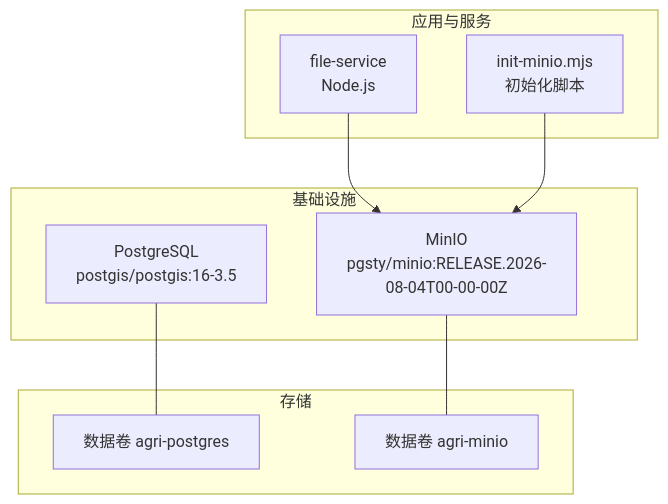
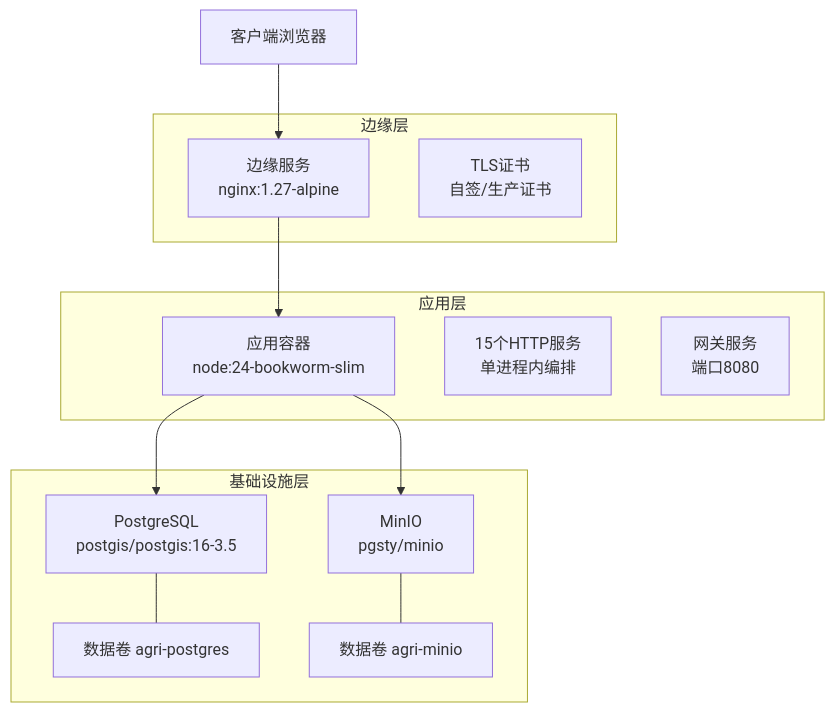
Before and after one commit to q446328246/agri-platform: the first of 3 diagrams in .qoder/repowiki/zh/content/基础设施/Docker编排.md, drawn with Mermaid. The commit also changed other lines of this file and 110 other files, not shown here.

````diff
--- a/.qoder/repowiki/zh/content/基础设施/Docker编排.md
+++ b/.qoder/repowiki/zh/content/基础设施/Docker编排.md
@@ -36,19 +44,24 @@
 ```mermaid
 graph TB
-subgraph "基础设施"
+subgraph "边缘层"
+EDGE["边缘服务<br/>nginx:1.27-alpine"]
+CERTS["TLS证书<br/>自签/生产证书"]
+end
+subgraph "应用层"
+APP["应用容器<br/>node:24-bookworm-slim"]
+SERVICES["15个HTTP服务<br/>单进程内编排"]
+GATEWAY["网关服务<br/>端口8080"]
+end
+subgraph "基础设施层"
 PG["PostgreSQL<br/>postgis/postgis:16-3.5"]
-MC["MinIO<br/>pgsty/minio:RELEASE.2026-08-04T00-00-00Z"]
+MINIO["MinIO<br/>pgsty/minio"]
+VPG["数据卷 agri-postgres"]
+VMINIO["数据卷 agri-minio"]
 end
-subgraph "应用与服务"
-FS["file-service<br/>Node.js"]
-Scripts["init-minio.mjs<br/>初始化脚本"]
-end
-subgraph "存储"
-VPG["数据卷 agri-postgres"]
-VMC["数据卷 agri-minio"]
-end
-FS --> MC
-Scripts --> MC
+CLIENT["客户端浏览器"] --> EDGE
+EDGE --> APP
+APP --> PG
+APP --> MINIO
 PG --- VPG
-MC --- VMC
+MINIO --- VMINIO
 ```
````
